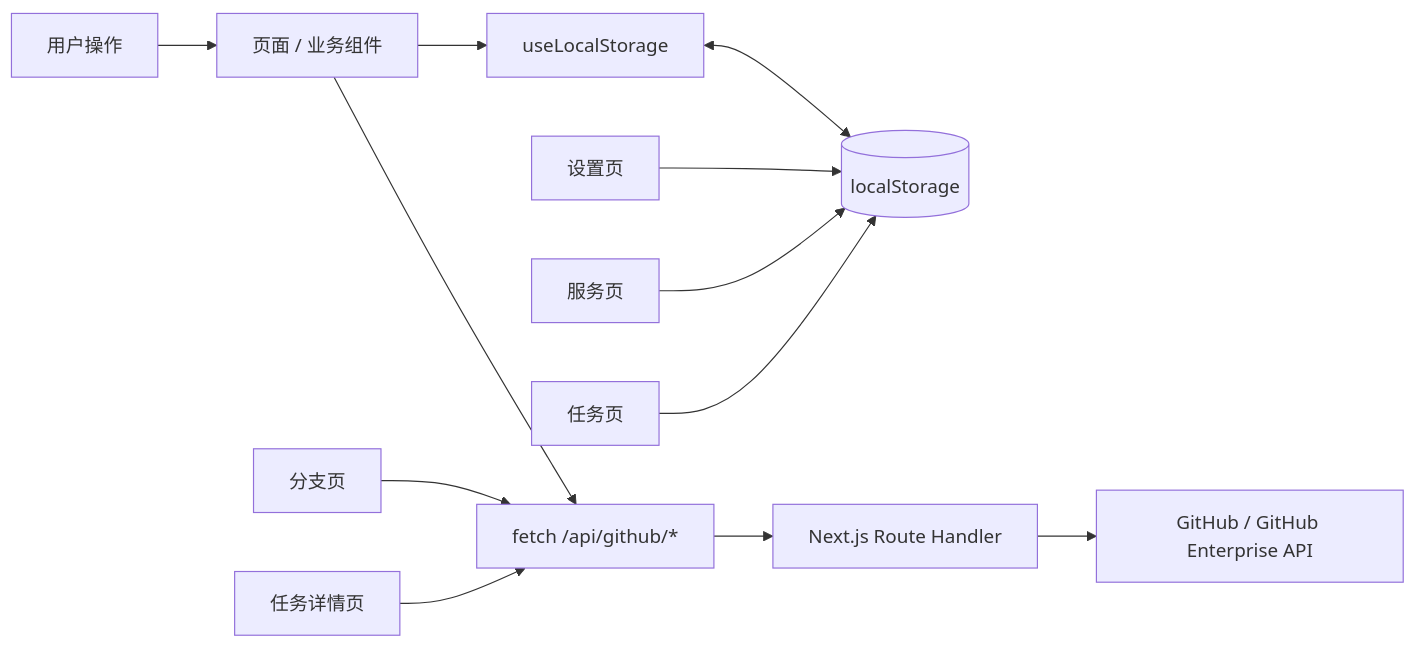
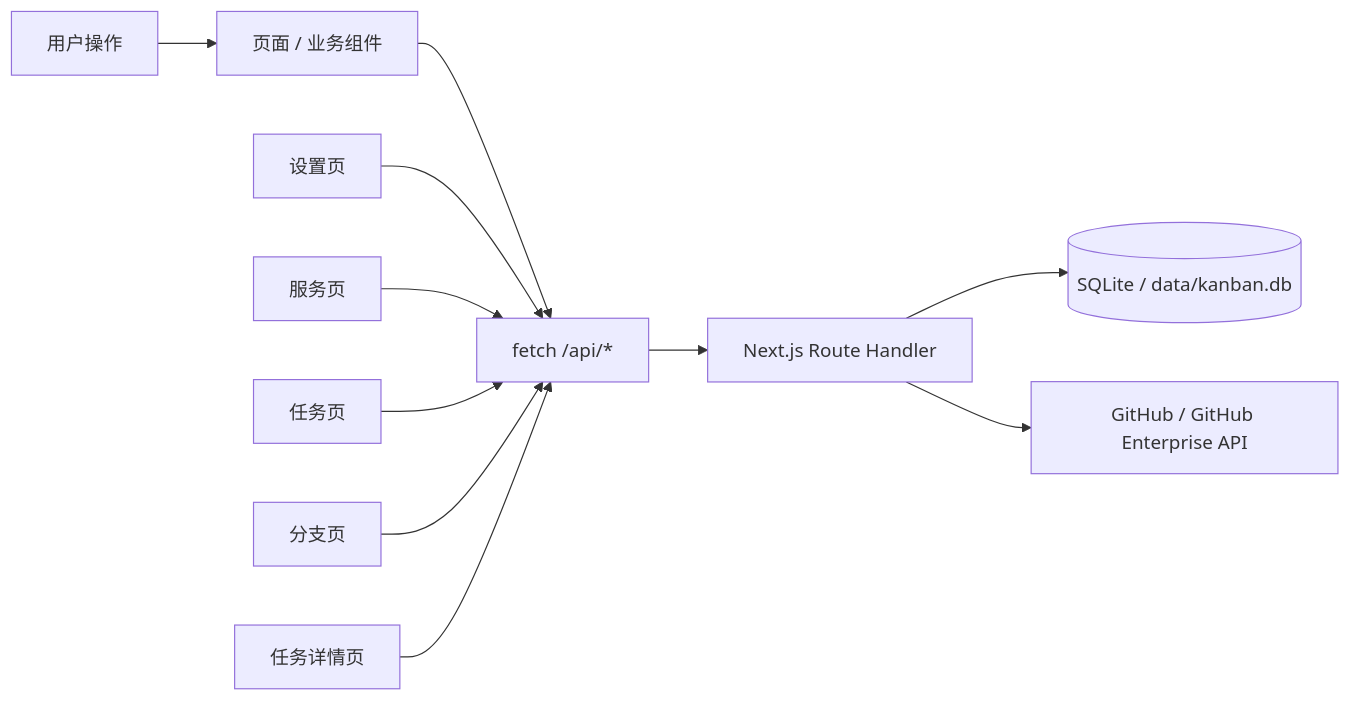
One commit to ITfisher/kanban-board changed the second of 3 diagrams in README.md. Above: the diagram before and after it, drawn with Mermaid. The commit also changed other lines of this file and 11 other files, not shown here.

````diff
--- a/README.md
+++ b/README.md
@@ -83,14 +83,13 @@
 ```mermaid
 graph LR
   User[用户操作] --> Page[页面 / 业务组件]
-  Page --> Hook[useLocalStorage]
-  Hook <--> Storage[(localStorage)]
-  Page --> ApiFetch[fetch /api/github/*]
-  ApiFetch --> ApiRoute[Next.js Route Handler]
-  ApiRoute --> GitHub[GitHub / GitHub Enterprise API]
-  Settings[设置页] --> Storage
-  Services[服务页] --> Storage
-  Tasks[任务页] --> Storage
+  Page --> ApiFetch[fetch /api/*]
+  ApiFetch --> AppApi[Next.js Route Handler]
+  AppApi --> DB[(SQLite / data/kanban.db)]
+  AppApi --> GitHub[GitHub / GitHub Enterprise API]
+  Settings[设置页] --> ApiFetch
+  Services[服务页] --> ApiFetch
+  Tasks[任务页] --> ApiFetch
   Branches[分支页] --> ApiFetch
   TaskDetail[任务详情页] --> ApiFetch
 ```
````
